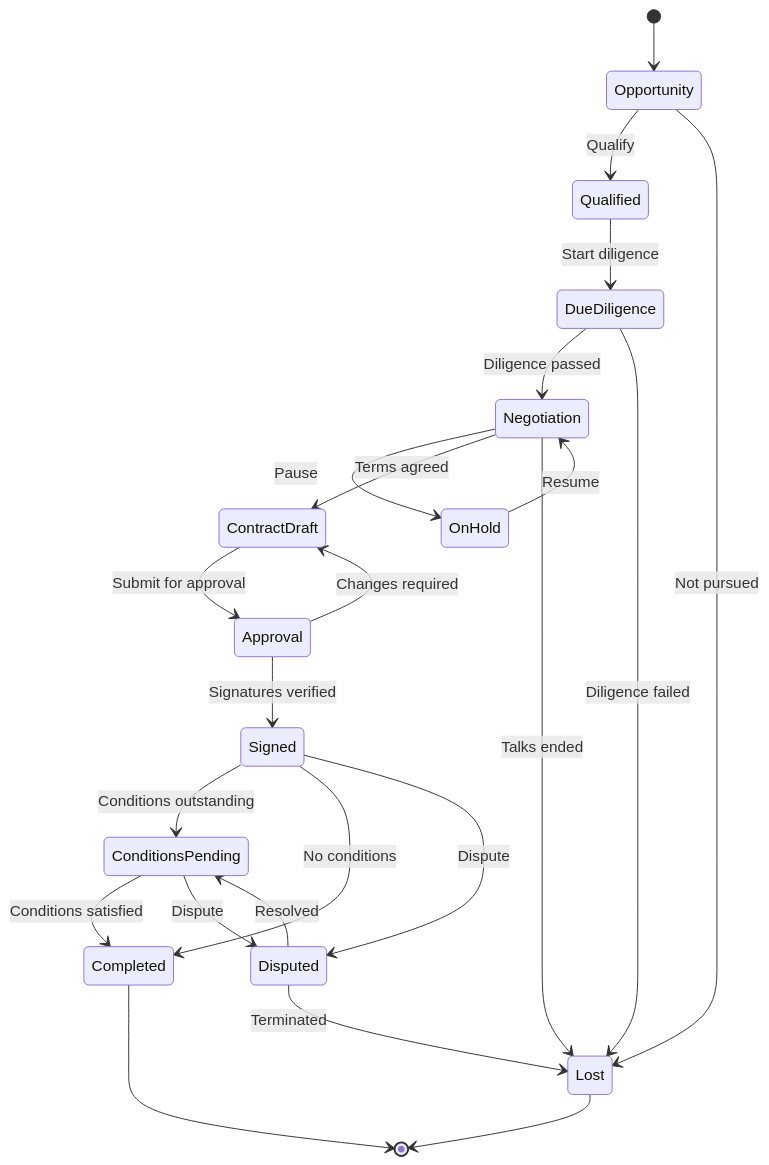
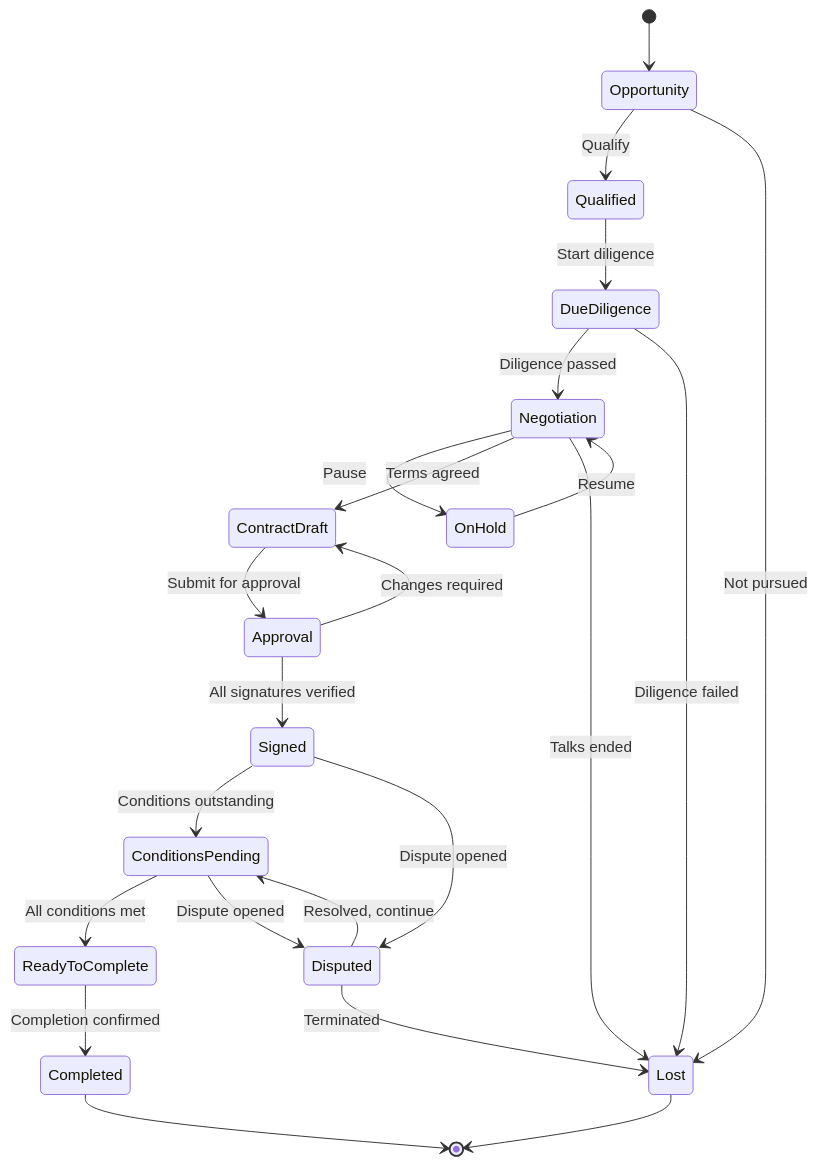
Before and after one commit to greensoft-atom/tex-platform: the seventh of 13 diagrams in 06-implementation-design-v1.md, drawn with Mermaid. The commit also changed other lines of this file and 615 other files, not shown here.

````diff
--- a/06-implementation-design-v1.md
+++ b/06-implementation-design-v1.md
@@ -1144,25 +1253,25 @@
 ```mermaid
 stateDiagram-v2
     [*] --> Opportunity
     Opportunity --> Qualified : Qualify
     Opportunity --> Lost : Not pursued
     Qualified --> DueDiligence : Start diligence
     DueDiligence --> Negotiation : Diligence passed
     DueDiligence --> Lost : Diligence failed
     Negotiation --> OnHold : Pause
     OnHold --> Negotiation : Resume
     Negotiation --> ContractDraft : Terms agreed
     Negotiation --> Lost : Talks ended
     ContractDraft --> Approval : Submit for approval
     Approval --> ContractDraft : Changes required
-    Approval --> Signed : Signatures verified
+    Approval --> Signed : All signatures verified
     Signed --> ConditionsPending : Conditions outstanding
-    Signed --> Completed : No conditions
-    ConditionsPending --> Completed : Conditions satisfied
-    Signed --> Disputed : Dispute
-    ConditionsPending --> Disputed : Dispute
-    Disputed --> ConditionsPending : Resolved
+    ConditionsPending --> ReadyToComplete : All conditions met
+    ReadyToComplete --> Completed : Completion confirmed
+    Signed --> Disputed : Dispute opened
+    ConditionsPending --> Disputed : Dispute opened
+    Disputed --> ConditionsPending : Resolved, continue
     Disputed --> Lost : Terminated
     Completed --> [*]
     Lost --> [*]
 ```
````
